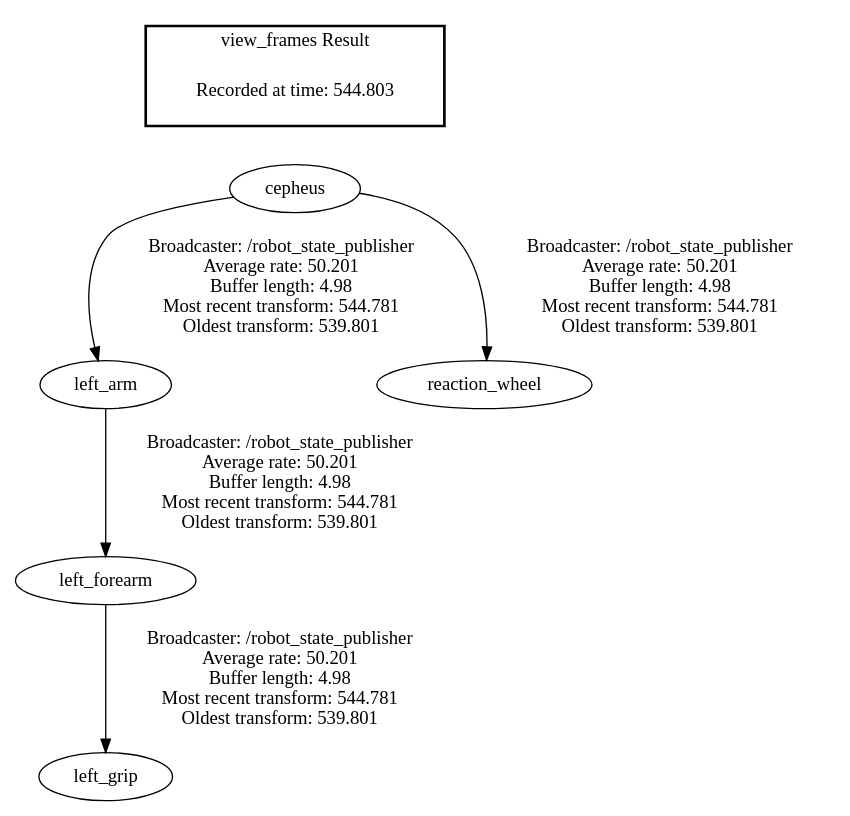
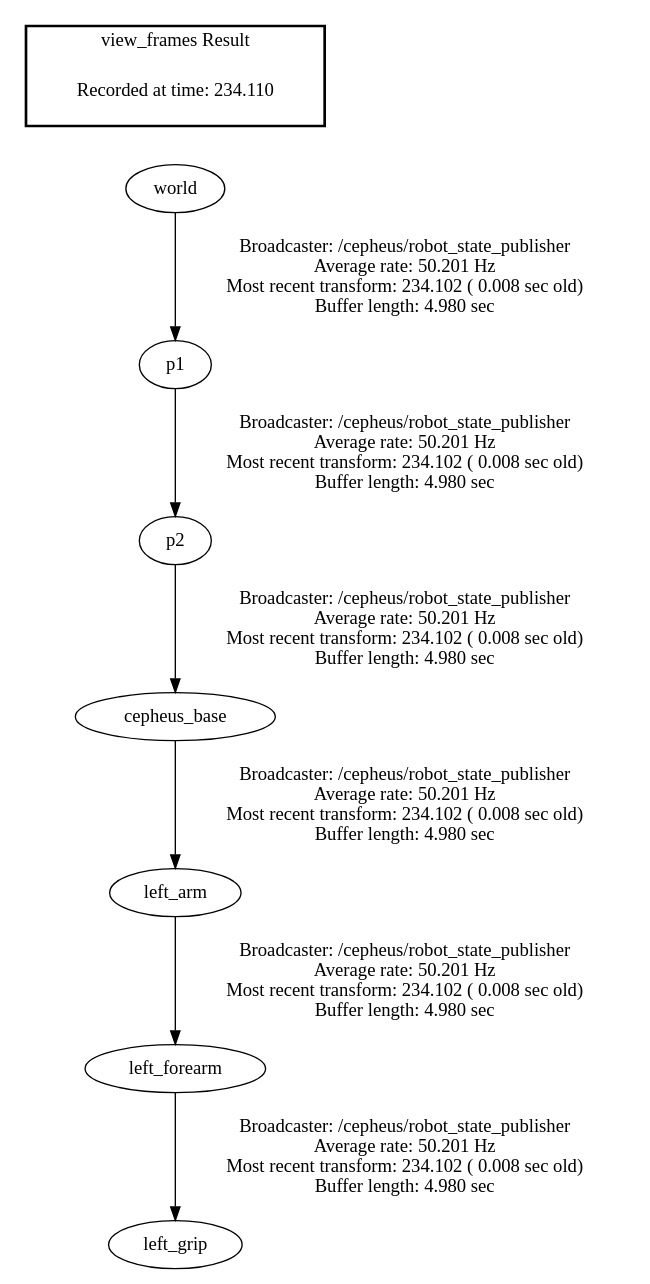
The diagram in frames.gv (Desoforos/cepheus_impedance_tsoulias), drawn with Graphviz before and after one commit. The commit also changed 5 other files, not shown here.

```diff
--- a/frames.gv
+++ b/frames.gv
@@ -1,10 +1,12 @@
 digraph G {
-"left_arm" -> "left_forearm"[label=" Broadcaster: /robot_state_publisher\nAverage rate: 50.201\nBuffer length: 4.98\nMost recent transform: 544.781\nOldest transform: 539.801\n"];
-"cepheus" -> "left_arm"[label=" Broadcaster: /robot_state_publisher\nAverage rate: 50.201\nBuffer length: 4.98\nMost recent transform: 544.781\nOldest transform: 539.801\n"];
-"left_forearm" -> "left_grip"[label=" Broadcaster: /robot_state_publisher\nAverage rate: 50.201\nBuffer length: 4.98\nMost recent transform: 544.781\nOldest transform: 539.801\n"];
-"cepheus" -> "reaction_wheel"[label=" Broadcaster: /robot_state_publisher\nAverage rate: 50.201\nBuffer length: 4.98\nMost recent transform: 544.781\nOldest transform: 539.801\n"];
+"left_arm" -> "left_forearm"[label="Broadcaster: /cepheus/robot_state_publisher\nAverage rate: 50.201 Hz\nMost recent transform: 234.102 ( 0.008 sec old)\nBuffer length: 4.980 sec\n"];
+"cepheus_base" -> "left_arm"[label="Broadcaster: /cepheus/robot_state_publisher\nAverage rate: 50.201 Hz\nMost recent transform: 234.102 ( 0.008 sec old)\nBuffer length: 4.980 sec\n"];
+"p2" -> "cepheus_base"[label="Broadcaster: /cepheus/robot_state_publisher\nAverage rate: 50.201 Hz\nMost recent transform: 234.102 ( 0.008 sec old)\nBuffer length: 4.980 sec\n"];
+"left_forearm" -> "left_grip"[label="Broadcaster: /cepheus/robot_state_publisher\nAverage rate: 50.201 Hz\nMost recent transform: 234.102 ( 0.008 sec old)\nBuffer length: 4.980 sec\n"];
+"world" -> "p1"[label="Broadcaster: /cepheus/robot_state_publisher\nAverage rate: 50.201 Hz\nMost recent transform: 234.102 ( 0.008 sec old)\nBuffer length: 4.980 sec\n"];
+"p1" -> "p2"[label="Broadcaster: /cepheus/robot_state_publisher\nAverage rate: 50.201 Hz\nMost recent transform: 234.102 ( 0.008 sec old)\nBuffer length: 4.980 sec\n"];
 edge [style=invis];
  subgraph cluster_legend { style=bold; color=black; label ="view_frames Result";
-"Recorded at time: 544.803"[ shape=plaintext ] ;
-}->"cepheus";
+"Recorded at time: 234.110"[ shape=plaintext ] ;
+ }->"world";
 }
```
